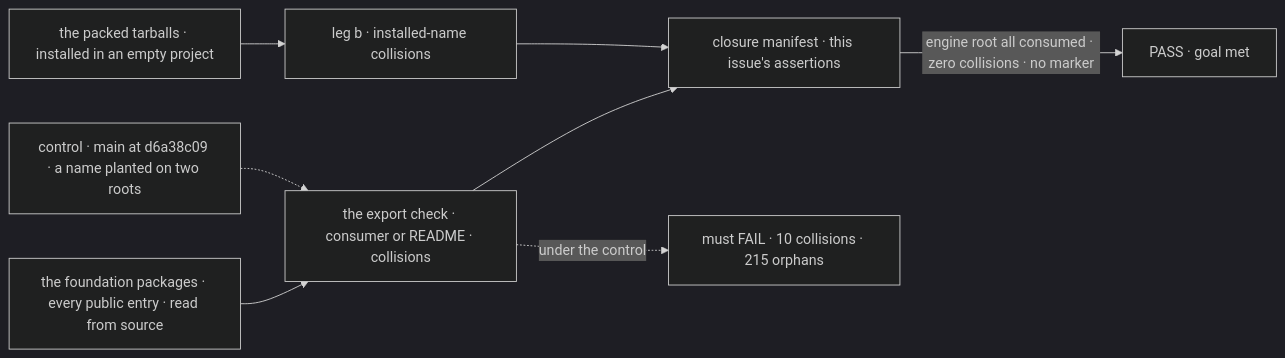
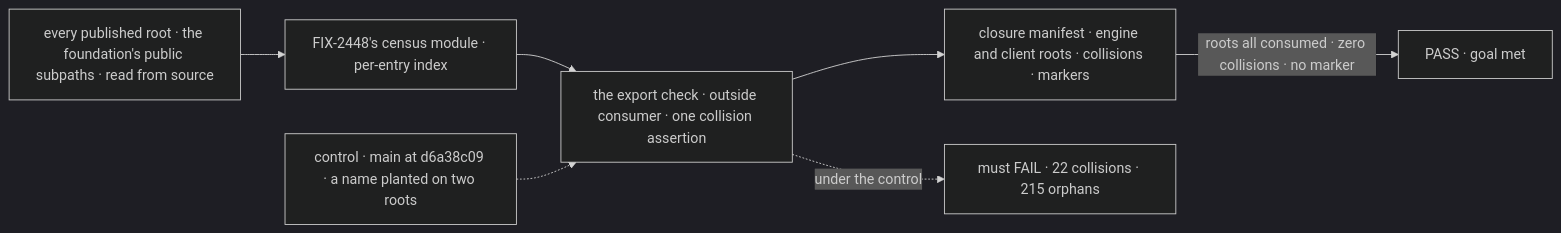
One commit to fixpoint-labs/flow-state-dev changed the diagram in specs/issues/FIX-2449/SPEC.md. Above: the diagram before and after it, drawn with Mermaid (dark theme). The commit also changed other lines of this file and 11 other files, not shown here.

````diff
--- a/specs/issues/FIX-2449/SPEC.md
+++ b/specs/issues/FIX-2449/SPEC.md
@@ -31,10 +31,9 @@
 ```mermaid
 flowchart LR
-  S["the foundation packages · every public entry · read from source"] --> X["the export check · consumer or README · collisions"]
-  T["the packed tarballs · installed in an empty project"] --> B["leg b · installed-name collisions"]
-  X --> M["closure manifest · this issue's assertions"]
-  B --> M
-  M -->|"engine root all consumed · zero collisions · no marker"| P["PASS · goal met"]
+  S["every published root · the foundation's public subpaths · read from source"] --> I["FIX-2448's census module · per-entry index"]
+  I --> X["the export check · outside consumer · one collision assertion"]
+  X --> M["closure manifest · engine and client roots · collisions · markers"]
+  M -->|"roots all consumed · zero collisions · no marker"| P["PASS · goal met"]
   C["control · main at d6a38c09 · a name planted on two roots"] -.-> X
-  X -.->|"under the control"| F["must FAIL · 10 collisions · 215 orphans"]
+  X -.->|"under the control"| F["must FAIL · 22 collisions · 215 orphans"]
 ```
````
